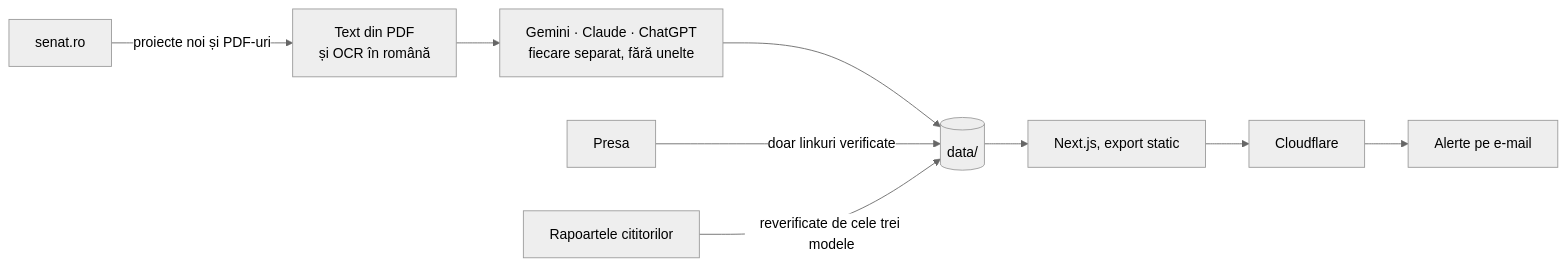
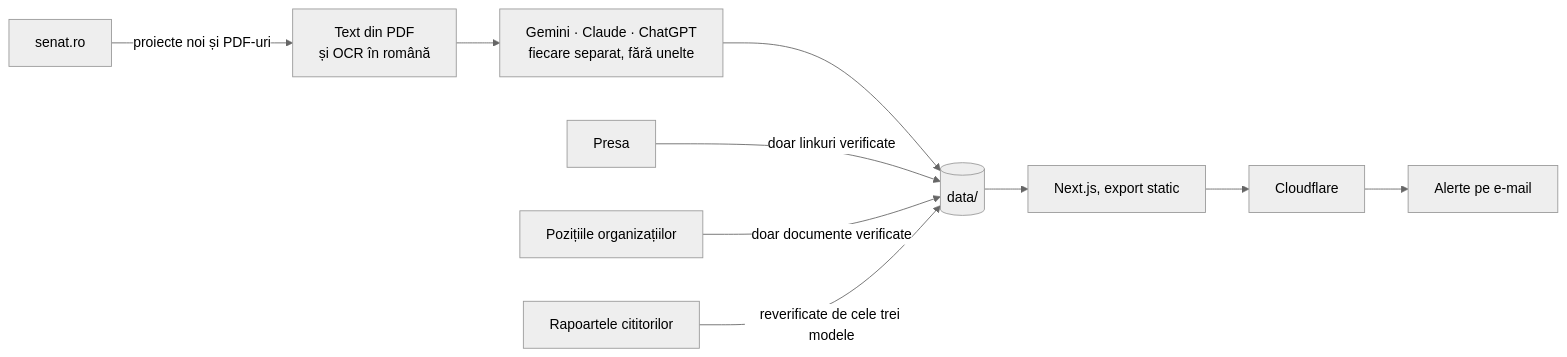
The diagram in README.md (eek/destraja.ro), drawn with Mermaid (neutral theme) before and after one commit. The commit also changed other lines of this file and 3 other files, not shown here.

````diff
--- a/README.md
+++ b/README.md
@@ -60,11 +62,12 @@
 ```mermaid
 flowchart LR
   S[senat.ro] -->|proiecte noi și PDF-uri| T[Text din PDF<br/>și OCR în română]
   T --> A[Gemini · Claude · ChatGPT<br/>fiecare separat, fără unelte]
   A --> D[(data/)]
   P[Presa] -->|doar linkuri verificate| D
+  O[Pozițiile organizațiilor] -->|doar documente verificate| D
   R[Rapoartele cititorilor] -->|reverificate de cele trei modele| D
   D --> B[Next.js, export static]
   B --> C[Cloudflare]
   C --> E[Alerte pe e-mail]
 ```
````
